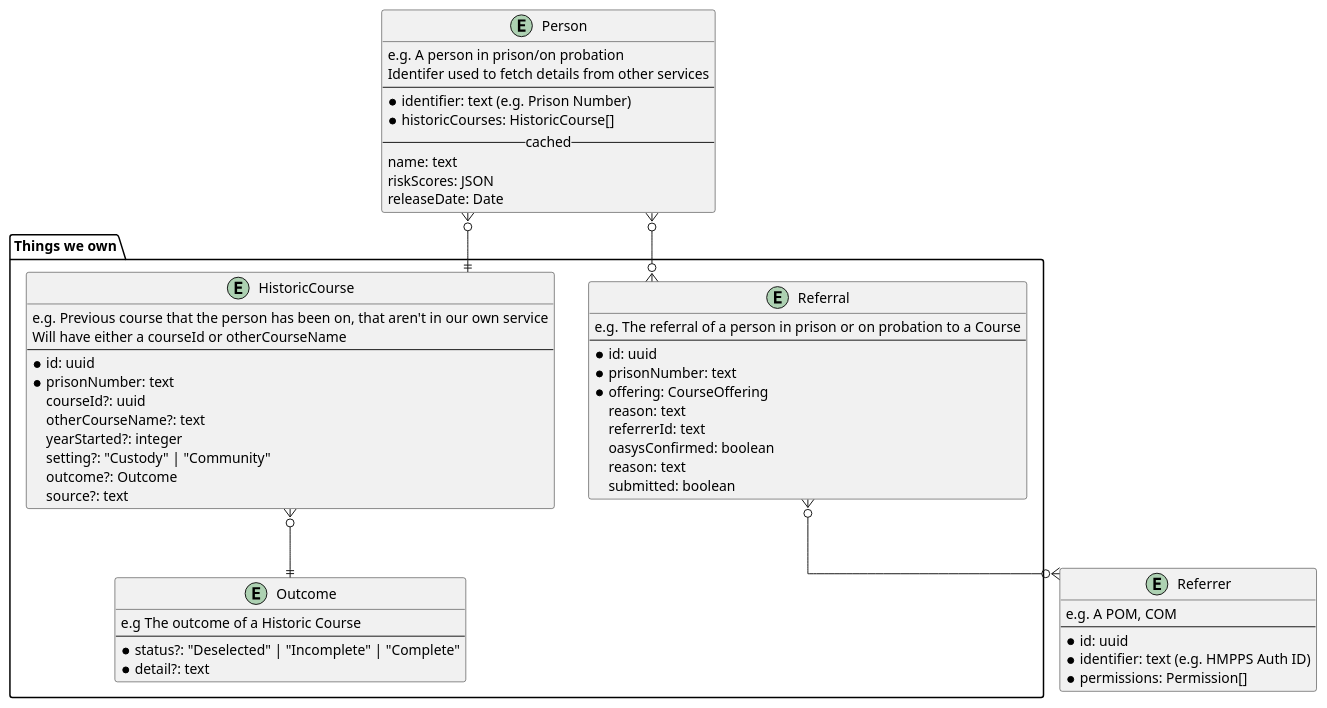
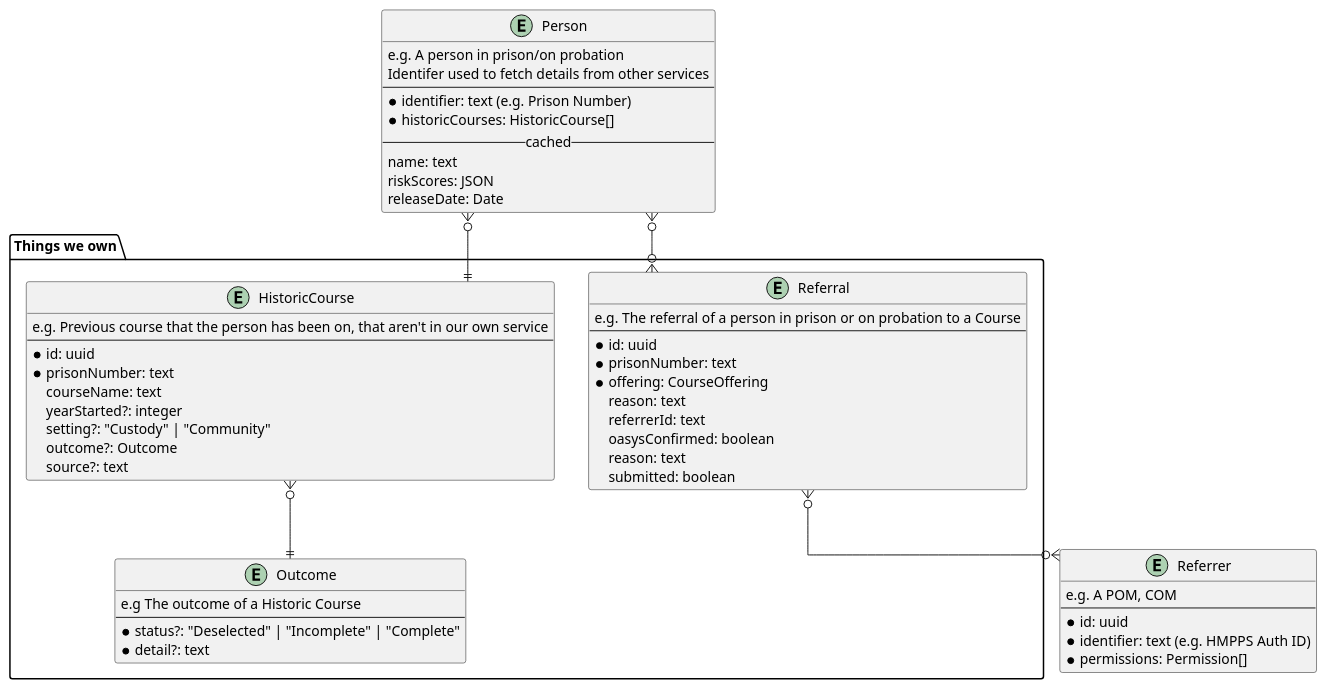
Before and after one commit to ministryofjustice/hmpps-accredited-programmes-api: the diagram in doc/architecture/diagrams/data-structures/refer.wsd, drawn with PlantUML.

Commit message:
Update refer.wsd to remove references to courseId and otherCourseName.

```diff
--- a/doc/architecture/diagrams/data-structures/refer.wsd
+++ b/doc/architecture/diagrams/data-structures/refer.wsd
@@ -1,65 +1,63 @@
 @startuml
 skinparam linetype ortho
 
 package "Things we own" {
   entity Referral {
     e.g. The referral of a person in prison or on probation to a Course
     --
     * id: uuid
     * prisonNumber: text
     * offering: CourseOffering
     reason: text
     referrerId: text
     oasysConfirmed: boolean
     reason: text
     submitted: boolean
   }
 
   entity HistoricCourse {
     e.g. Previous course that the person has been on, that aren't in our own service
-    Will have either a courseId or otherCourseName
     --
     * id: uuid
     * prisonNumber: text
-    courseId?: uuid
-    otherCourseName?: text
+    courseName: text
     yearStarted?: integer
     setting?: "Custody" | "Community"
     outcome?: Outcome
     source?: text
   }
 
   entity Outcome {
     e.g The outcome of a Historic Course
     --
     * status?: "Deselected" | "Incomplete" | "Complete"
     * detail?: text
   }
 }
 
 entity Person {
   e.g. A person in prison/on probation
   Identifer used to fetch details from other services
   --
   * identifier: text (e.g. Prison Number)
   * historicCourses: HistoricCourse[]
   --cached--
   name: text
   riskScores: JSON
   releaseDate: Date
 }
 
 entity Referrer {
   e.g. A POM, COM
   --
   * id: uuid
   * identifier: text (e.g. HMPPS Auth ID)
   * permissions: Permission[]
 }
 
 Person }o--|| HistoricCourse
 HistoricCourse }o--|| Outcome
 Referral }o--o{ Person
 Referral }o--o{ Referrer
 
 @enduml
```
